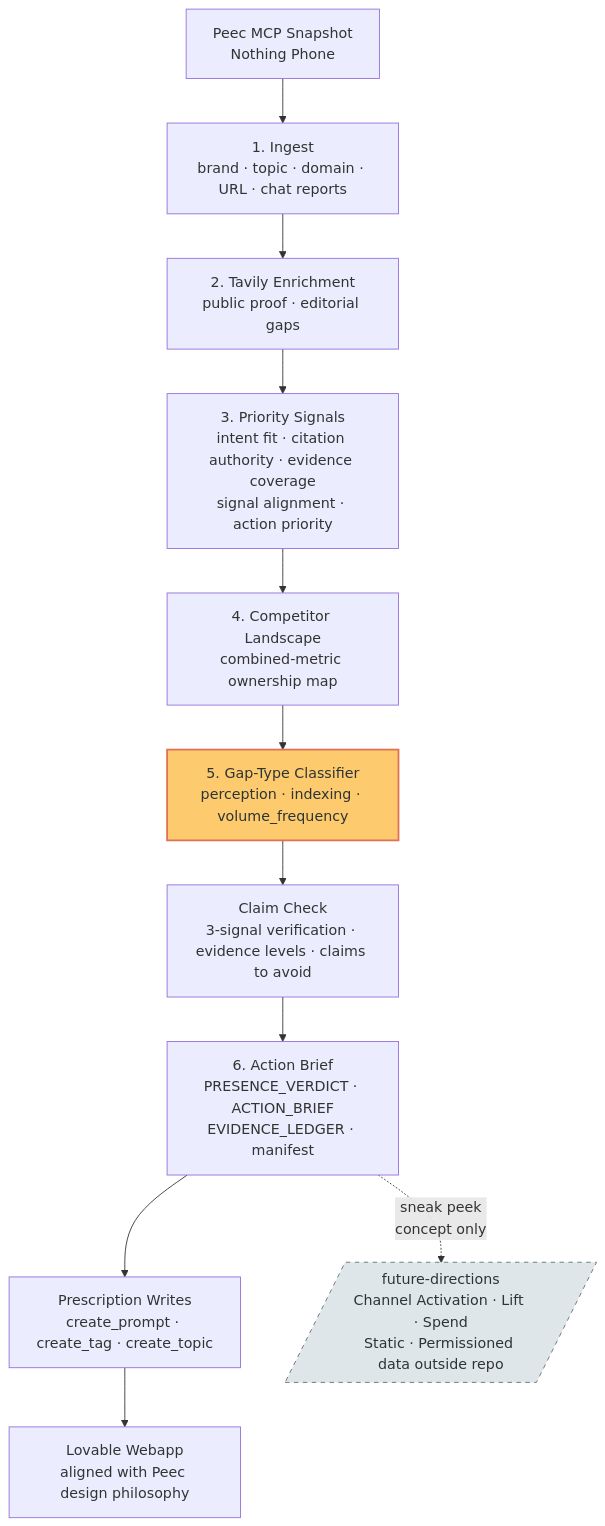
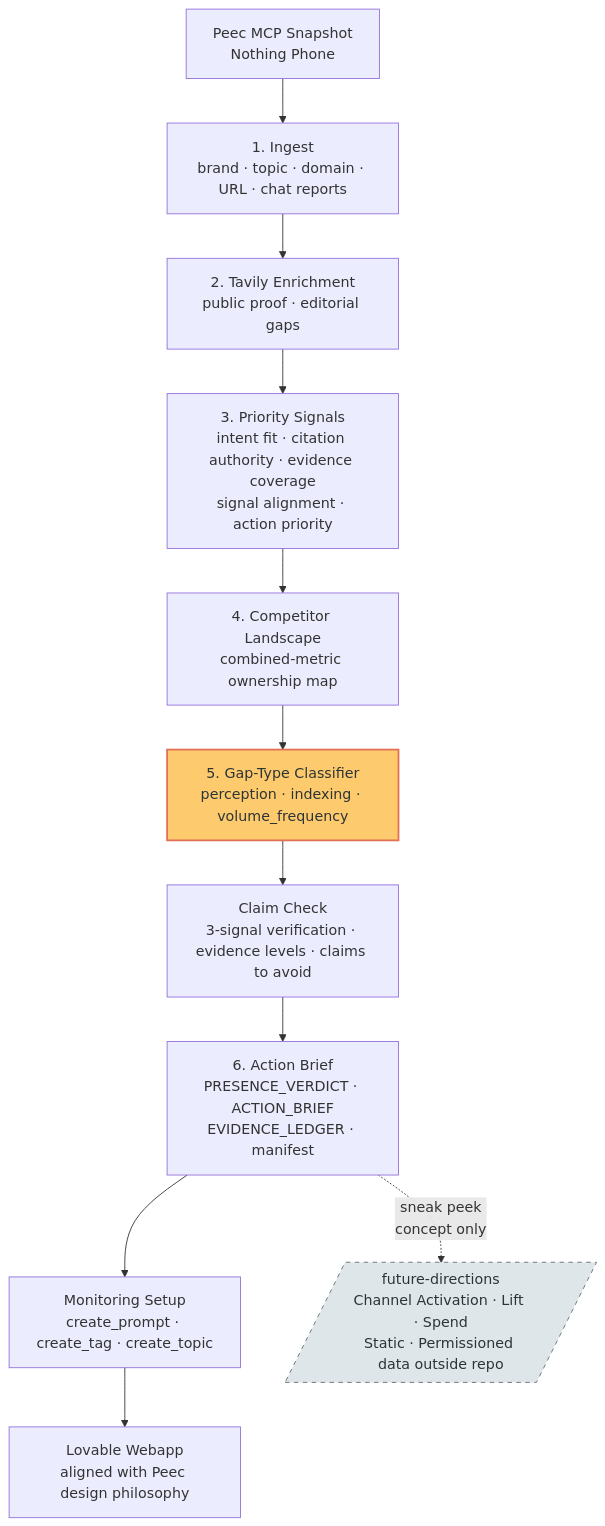
Before and after one commit to cote-star/presence-rx: the diagram in README.md, drawn with Mermaid. The commit also changed other lines of this file and 18 other files, not shown here.

````diff
--- a/README.md
+++ b/README.md
@@ -46,18 +46,18 @@
 ```mermaid
 flowchart TD
     A[Peec MCP Snapshot<br/>Nothing Phone] --> B[1. Ingest<br/>brand · topic · domain · URL · chat reports]
     B --> C[2. Tavily Enrichment<br/>public proof · editorial gaps]
     C --> D[3. Priority Signals<br/>intent fit · citation authority · evidence coverage<br/>signal alignment · action priority]
     D --> E[4. Competitor Landscape<br/>combined-metric ownership map]
     E --> F[5. Gap-Type Classifier<br/>perception · indexing · volume_frequency]
     F --> G[Claim Check<br/>3-signal verification · evidence levels · claims to avoid]
     G --> H[6. Action Brief<br/>PRESENCE_VERDICT · ACTION_BRIEF<br/>EVIDENCE_LEDGER · manifest]
-    H --> I[Prescription Writes<br/>create_prompt · create_tag · create_topic]
+    H --> I[Monitoring Setup<br/>create_prompt · create_tag · create_topic]
     I --> J[Lovable Webapp<br/>aligned with Peec design philosophy]
     H -.->|sneak peek<br/>concept only| K[/future-directions<br/>Channel Activation · Lift · Spend<br/>Static · Permissioned data outside repo/]
 
     classDef sharp fill:#fdcb6e,stroke:#e17055,stroke-width:2px,color:#2d3436
     classDef future fill:#dfe6e9,stroke:#636e72,stroke-dasharray: 5 5,color:#2d3436
     class F sharp
     class K future
 ```
````
